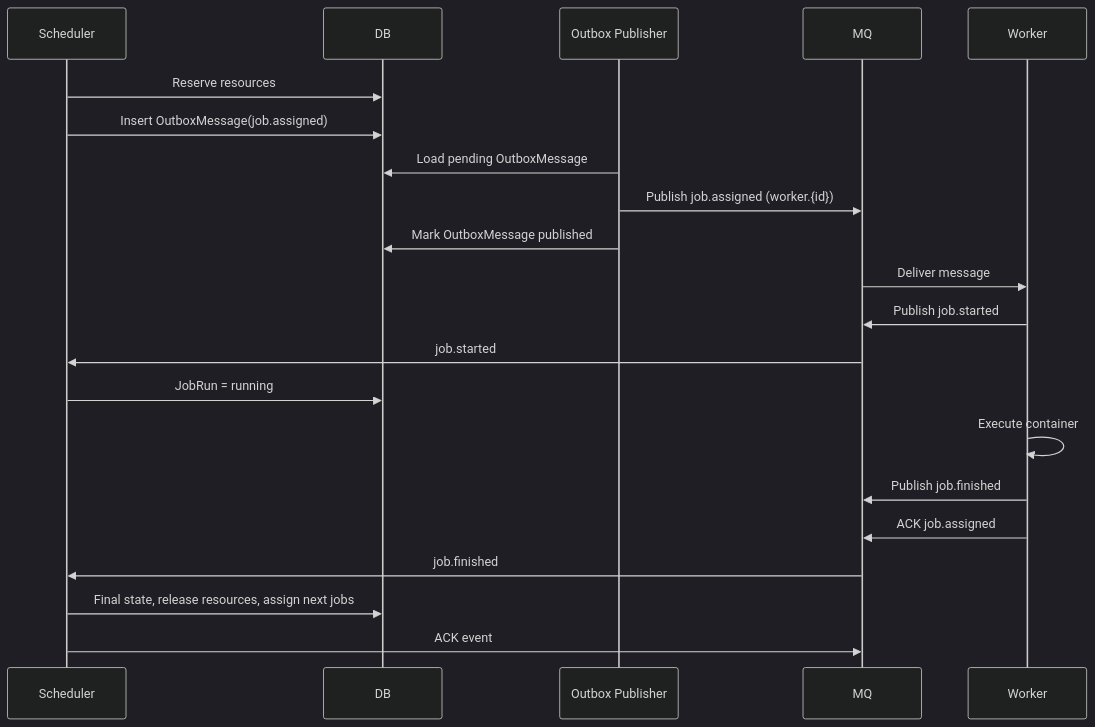
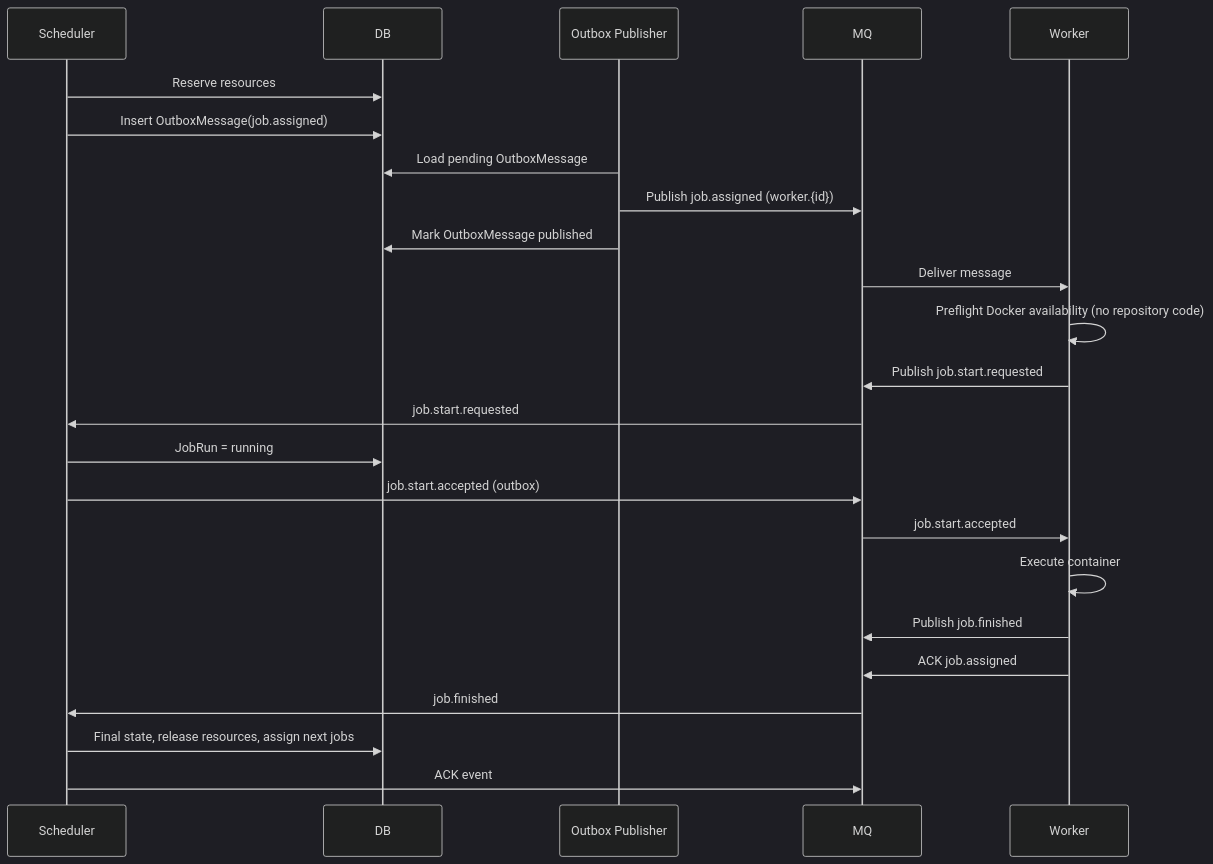
The second of 2 diagrams in docs/architecture/components/messaging/02-rabbitmq-architecture.md (Rustkins-Project/RustkinsDocs), drawn with Mermaid (dark theme) before and after one commit. The commit also changed other lines of this file and 8 other files, not shown here.

````diff
--- a/docs/architecture/components/messaging/02-rabbitmq-architecture.md
+++ b/docs/architecture/components/messaging/02-rabbitmq-architecture.md
@@ -307,24 +380,27 @@
 ``` mermaid
 sequenceDiagram
 participant Scheduler
 participant DB
 participant Publisher as Outbox Publisher
 participant MQ
 participant Worker
 
 Scheduler->>DB: Reserve resources
 Scheduler->>DB: Insert OutboxMessage(job.assigned)
 Publisher->>DB: Load pending OutboxMessage
 Publisher->>MQ: Publish job.assigned (worker.{id})
 Publisher->>DB: Mark OutboxMessage published
 MQ->>Worker: Deliver message
-Worker->>MQ: Publish job.started
-MQ->>Scheduler: job.started
+Worker->>Worker: Preflight Docker availability (no repository code)
+Worker->>MQ: Publish job.start.requested
+MQ->>Scheduler: job.start.requested
 Scheduler->>DB: JobRun = running
+Scheduler->>MQ: job.start.accepted (outbox)
+MQ->>Worker: job.start.accepted
 Worker->>Worker: Execute container
 Worker->>MQ: Publish job.finished
 Worker->>MQ: ACK job.assigned
 MQ->>Scheduler: job.finished
 Scheduler->>DB: Final state, release resources, assign next jobs
 Scheduler->>MQ: ACK event
 ```
````
